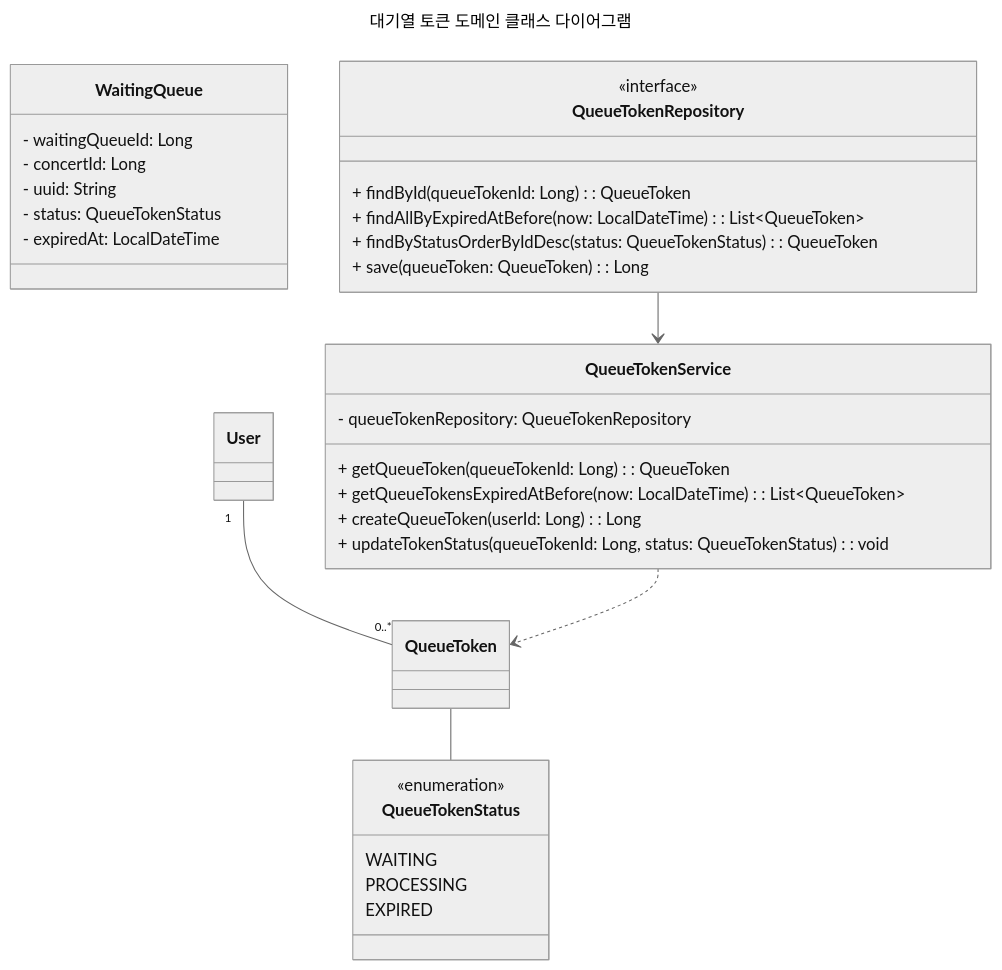
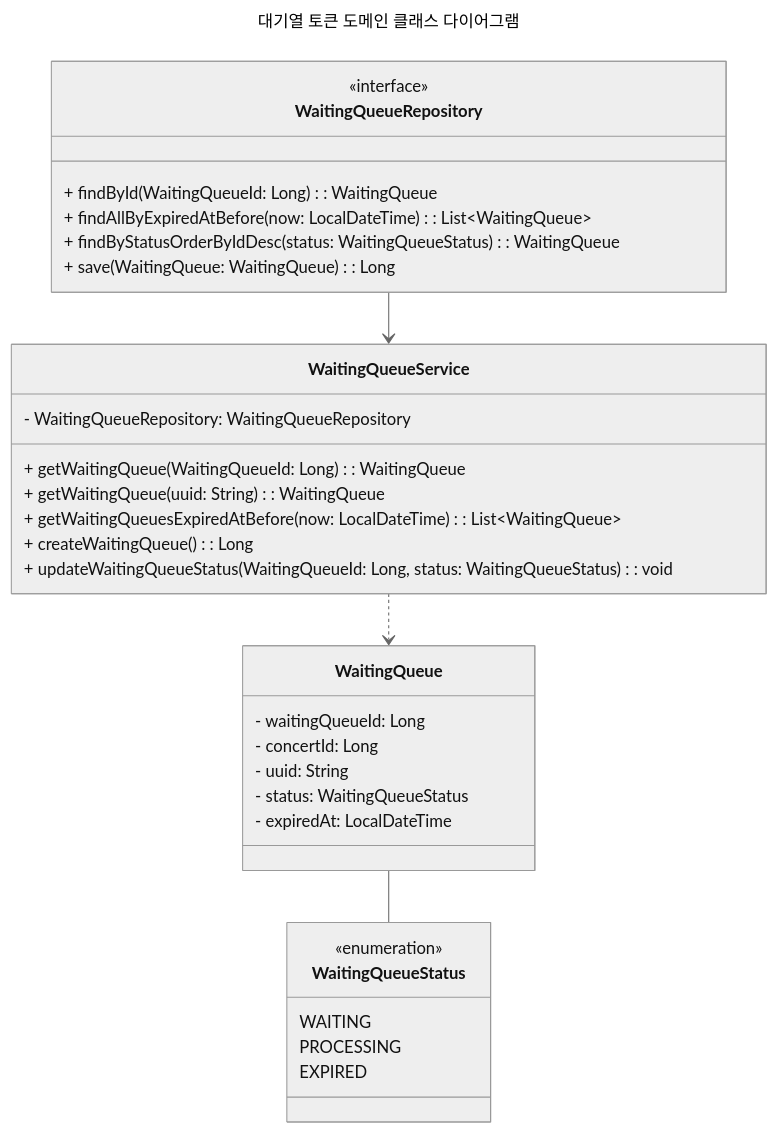
Before and after one commit to hhpb-code/hhplus-concert: the third of 4 diagrams in docs/CLASS_DIAGRAM.md, drawn with Mermaid (neutral theme). The commit also changed other lines of this file and 16 other files, not shown here.

````diff
--- a/docs/CLASS_DIAGRAM.md
+++ b/docs/CLASS_DIAGRAM.md
@@ -88,42 +87,42 @@
 ```mermaid
 ---
 title: "대기열 토큰 도메인 클래스 다이어그램"
 ---
 
 classDiagram
     class WaitingQueue {
         - waitingQueueId: Long
         - concertId: Long
         - uuid: String
-        - status: QueueTokenStatus
+        - status: WaitingQueueStatus
         - expiredAt: LocalDateTime
     }
 
-    class QueueTokenStatus {
+    class WaitingQueueStatus {
         <<enumeration>>
         WAITING
         PROCESSING
         EXPIRED
     }
 
-    class QueueTokenService {
-        - queueTokenRepository: QueueTokenRepository
-        + getQueueToken(queueTokenId: Long): QueueToken
-        + getQueueTokensExpiredAtBefore(now: LocalDateTime): List~QueueToken~
-        + createQueueToken(userId: Long): Long
-        + updateTokenStatus(queueTokenId: Long, status: QueueTokenStatus): void
+    class WaitingQueueService {
+        - WaitingQueueRepository: WaitingQueueRepository
+        + getWaitingQueue(WaitingQueueId: Long): WaitingQueue
+        + getWaitingQueue(uuid: String): WaitingQueue
+        + getWaitingQueuesExpiredAtBefore(now: LocalDateTime): List~WaitingQueue~
+        + createWaitingQueue(): Long
+        + updateWaitingQueueStatus(WaitingQueueId: Long, status: WaitingQueueStatus): void
     }
 
-    class QueueTokenRepository {
+    class WaitingQueueRepository {
         <<interface>>
-        + findById(queueTokenId: Long): QueueToken
-        + findAllByExpiredAtBefore(now: LocalDateTime): List~QueueToken~
-        + findByStatusOrderByIdDesc(status: QueueTokenStatus): QueueToken
-        + save(queueToken: QueueToken): Long
+        + findById(WaitingQueueId: Long): WaitingQueue
+        + findAllByExpiredAtBefore(now: LocalDateTime): List~WaitingQueue~
+        + findByStatusOrderByIdDesc(status: WaitingQueueStatus): WaitingQueue
+        + save(WaitingQueue: WaitingQueue): Long
     }
 
-    User "1" -- "0..*" QueueToken
-    QueueToken -- QueueTokenStatus
-    QueueTokenService ..> QueueToken
-    QueueTokenRepository --> QueueTokenService
+    WaitingQueue -- WaitingQueueStatus
+    WaitingQueueService ..> WaitingQueue
+    WaitingQueueRepository --> WaitingQueueService
 ```
````
